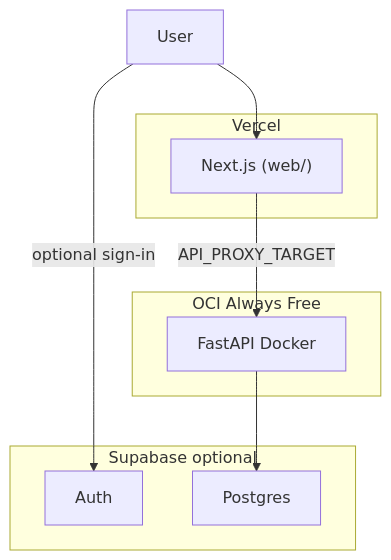
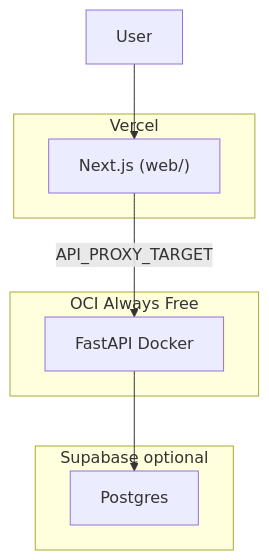
Before and after one commit to Sousa-16/PRAXISWeb: the diagram in DEPLOYMENT.md, drawn with Mermaid. The commit also changed other lines of this file and 21 other files, not shown here.

````diff
--- a/DEPLOYMENT.md
+++ b/DEPLOYMENT.md
@@ -7,17 +7,15 @@
 ```mermaid
 flowchart TB
   subgraph vercel [Vercel]
     NextApp["Next.js (web/)"]
   end
   subgraph oci [OCI Always Free]
     API[FastAPI Docker]
   end
   subgraph supabase [Supabase optional]
-    Auth[Auth]
     PG[Postgres]
   end
   User --> NextApp
   NextApp -->|API_PROXY_TARGET| API
-  User -->|optional sign-in| Auth
   API --> PG
 ```
````
